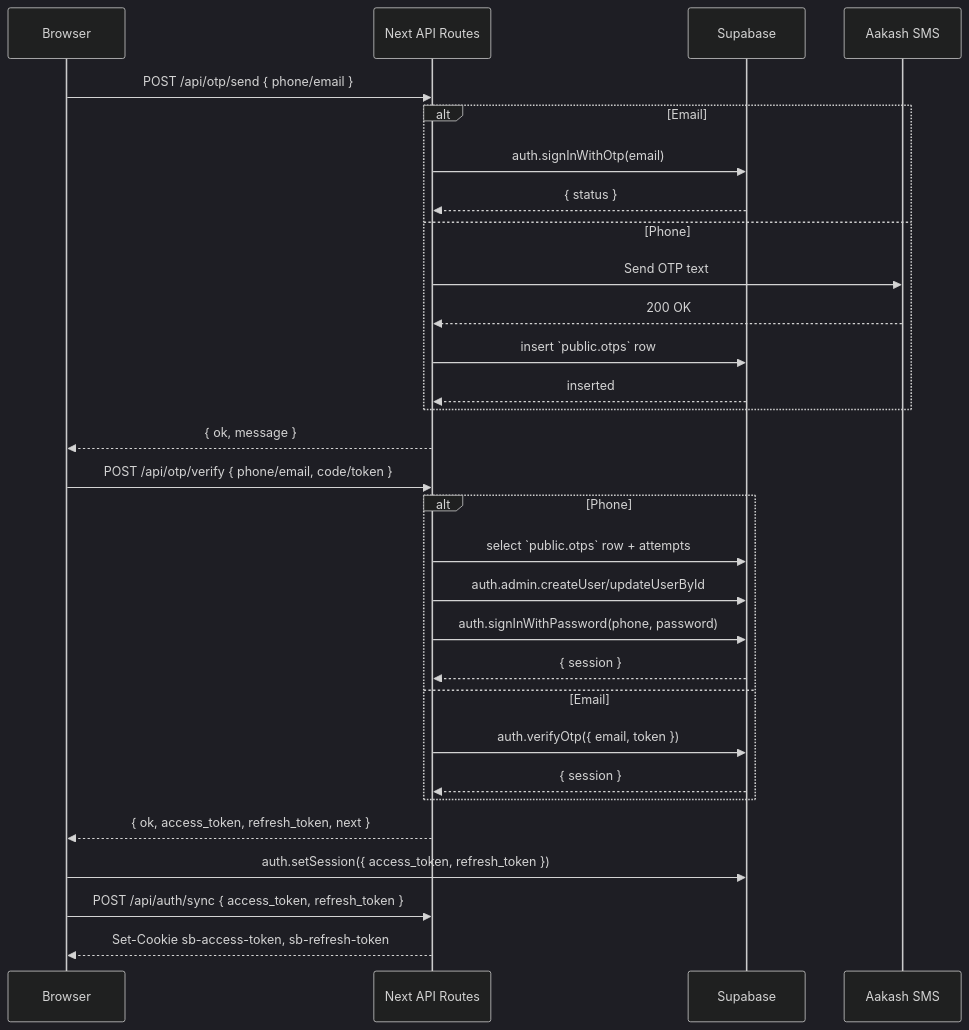
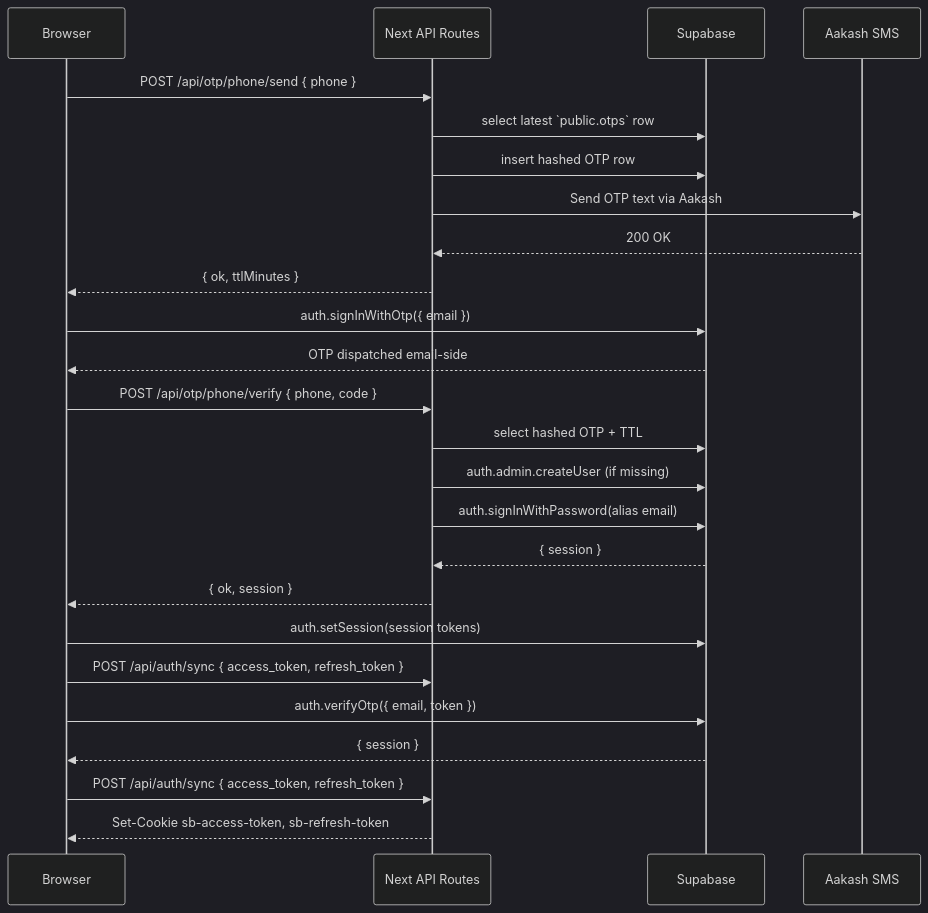
One commit to Zenslim/Gatishil changed the second of 3 diagrams in SCHEMA.md. Above: the diagram before and after it, drawn with Mermaid (dark theme). The commit also changed other lines of this file and 8 other files, not shown here.

Commit message:
Refactor join OTP flows into separate phone and email lanes

````diff
--- a/SCHEMA.md
+++ b/SCHEMA.md
@@ -242,33 +250,31 @@
 ```mermaid
 sequenceDiagram
   participant Browser
   participant API as Next API Routes
   participant Supabase
   participant SMS as Aakash SMS
 
-  Browser->>API: POST /api/otp/send { phone/email }
-  alt Email
-    API->>Supabase: auth.signInWithOtp(email)
-    Supabase-->>API: { status }
-  else Phone
-    API->>SMS: Send OTP text
-    SMS-->>API: 200 OK
-    API->>Supabase: insert `public.otps` row
-    Supabase-->>API: inserted
-  end
-  API-->>Browser: { ok, message }
-  Browser->>API: POST /api/otp/verify { phone/email, code/token }
-  alt Phone
-    API->>Supabase: select `public.otps` row + attempts
-    API->>Supabase: auth.admin.createUser/updateUserById
-    API->>Supabase: auth.signInWithPassword(phone, password)
-    Supabase-->>API: { session }
-  else Email
-    API->>Supabase: auth.verifyOtp({ email, token })
-    Supabase-->>API: { session }
-  end
-  API-->>Browser: { ok, access_token, refresh_token, next }
-  Browser->>Supabase: auth.setSession({ access_token, refresh_token })
+  Browser->>API: POST /api/otp/phone/send { phone }
+  API->>Supabase: select latest `public.otps` row
+  API->>Supabase: insert hashed OTP row
+  API->>SMS: Send OTP text via Aakash
+  SMS-->>API: 200 OK
+  API-->>Browser: { ok, ttlMinutes }
+
+  Browser->>Supabase: auth.signInWithOtp({ email })
+  Supabase-->>Browser: OTP dispatched email-side
+
+  Browser->>API: POST /api/otp/phone/verify { phone, code }
+  API->>Supabase: select hashed OTP + TTL
+  API->>Supabase: auth.admin.createUser (if missing)
+  API->>Supabase: auth.signInWithPassword(alias email)
+  Supabase-->>API: { session }
+  API-->>Browser: { ok, session }
+  Browser->>Supabase: auth.setSession(session tokens)
+  Browser->>API: POST /api/auth/sync { access_token, refresh_token }
+
+  Browser->>Supabase: auth.verifyOtp({ email, token })
+  Supabase-->>Browser: { session }
   Browser->>API: POST /api/auth/sync { access_token, refresh_token }
   API-->>Browser: Set-Cookie sb-access-token, sb-refresh-token
 ```
````
